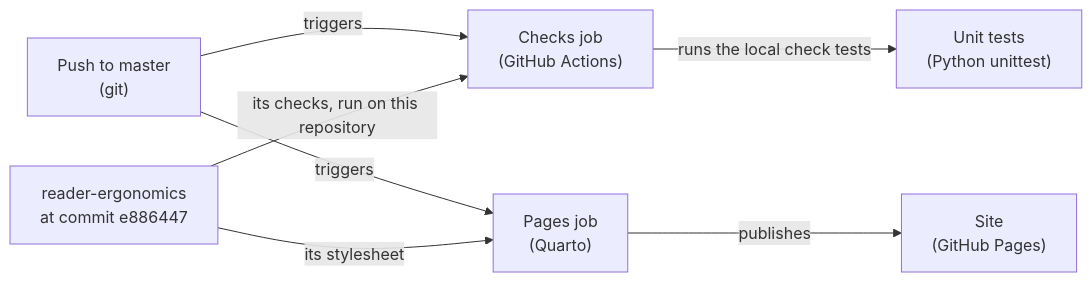
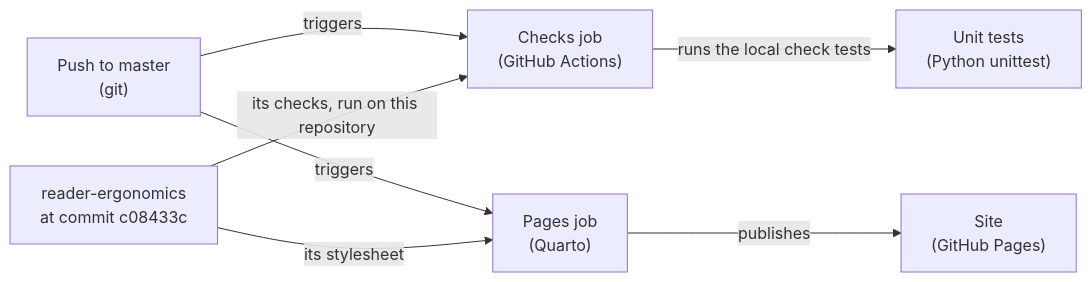
Before and after one commit to Tewf/reader-ergonomics-software-design: the diagram in shapes/system-diagram.md, drawn with Mermaid. The commit also changed other lines of this file and 27 other files, not shown here.

First line of the commit message:
Move to reader-ergonomics v1.10.0

````diff
--- a/shapes/system-diagram.md
+++ b/shapes/system-diagram.md
@@ -80,9 +80,9 @@
 ```mermaid
 flowchart LR
     push["Push to master<br/>(git)"] -->|"triggers"| checks["Checks job<br/>(GitHub Actions)"]
-    standard["reader-ergonomics<br/>at commit e886447"] -->|"its checks, run on this repository"| checks
+    standard["reader-ergonomics<br/>at commit c08433c"] -->|"its checks, run on this repository"| checks
     checks -->|"runs the local check tests"| tests["Unit tests<br/>(Python unittest)"]
     push -->|"triggers"| pages["Pages job<br/>(Quarto)"]
     standard -->|"its stylesheet"| pages
     pages -->|"publishes"| site["Site<br/>(GitHub Pages)"]
 ```
````
